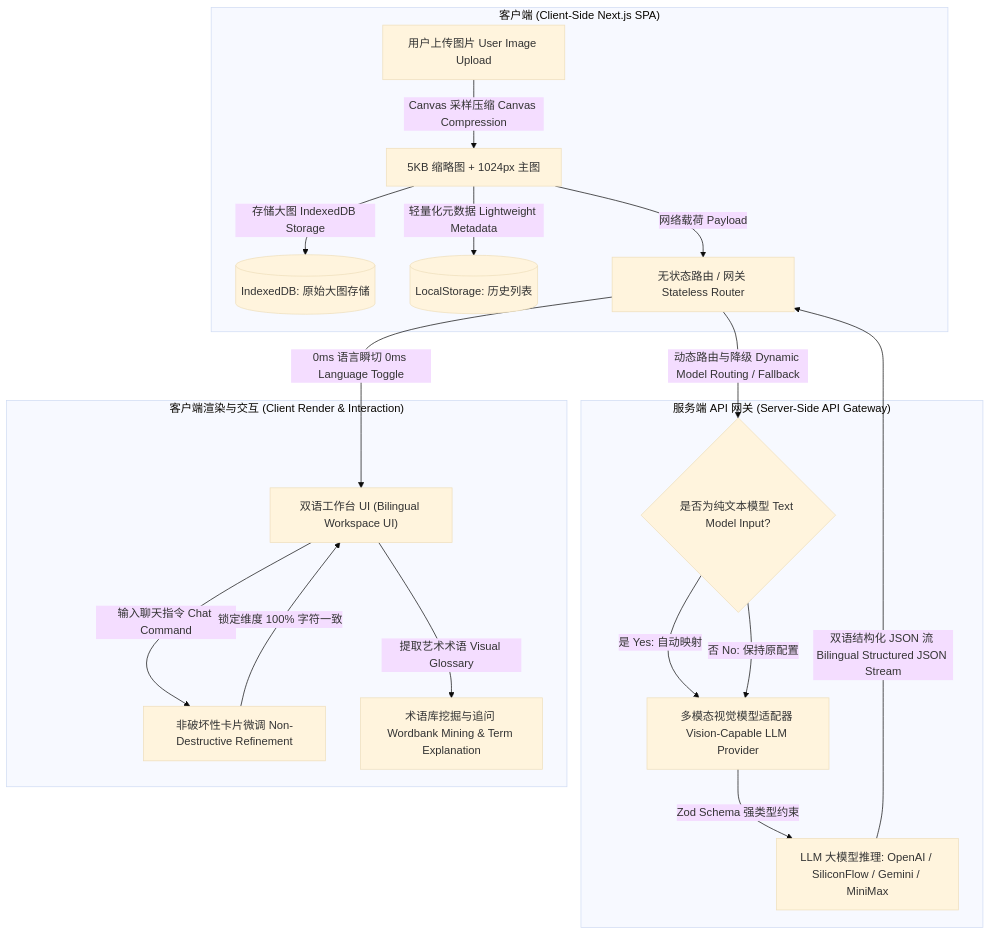
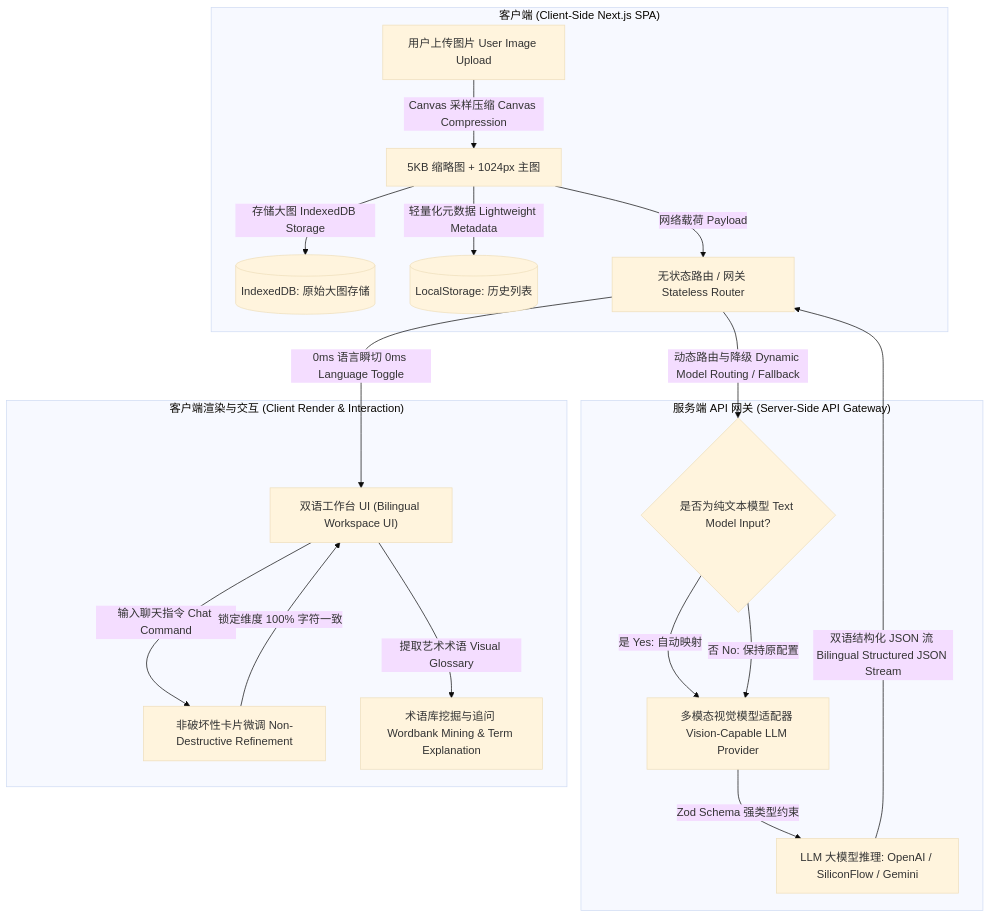
Before and after one commit to Conradgui/Prompix: the diagram in README.md, drawn with Mermaid (base theme). The commit also changed other lines of this file and 4 other files, not shown here.

````diff
--- a/README.md
+++ b/README.md
@@ -29,24 +29,24 @@
 ```mermaid
 graph TD
     subgraph client ["客户端 (Client-Side Next.js SPA)"]
         U[用户上传图片 User Image Upload] -->|Canvas 采样压缩 Canvas Compression| C[5KB 缩略图 + 1024px 主图]
         C -->|存储大图 IndexedDB Storage| DB[(IndexedDB: 原始大图存储)]
         C -->|轻量化元数据 Lightweight Metadata| LS[(LocalStorage: 历史列表)]
         C -->|网络载荷 Payload| GW[无状态路由 / 网关 Stateless Router]
     end
     
     subgraph server ["服务端 API 网关 (Server-Side API Gateway)"]
         GW -->|动态路由与降级 Dynamic Model Routing / Fallback| RF{是否为纯文本模型 Text Model Input?}
         RF -->|是 Yes: 自动映射| VP[多模态视觉模型适配器 Vision-Capable LLM Provider]
         RF -->|否 No: 保持原配置| VP
-        VP -->|Zod Schema 强类型约束| LLM[LLM 大模型推理: OpenAI / SiliconFlow / Gemini / MiniMax]
+        VP -->|Zod Schema 强类型约束| LLM[LLM 大模型推理: OpenAI / SiliconFlow / Gemini]
         LLM -->|双语结构化 JSON 流 Bilingual Structured JSON Stream| GW
     end
 
     subgraph render ["客户端渲染与交互 (Client Render & Interaction)"]
         GW -->|0ms 语言瞬切 0ms Language Toggle| View["双语工作台 UI (Bilingual Workspace UI)"]
         View -->|输入聊天指令 Chat Command| Chat[非破坏性卡片微调 Non-Destructive Refinement]
         Chat -->|锁定维度 100% 字符一致| View
         View -->|提取艺术术语 Visual Glossary| Bank[术语库挖掘与追问 Wordbank Mining & Term Explanation]
     end
 ```
````
